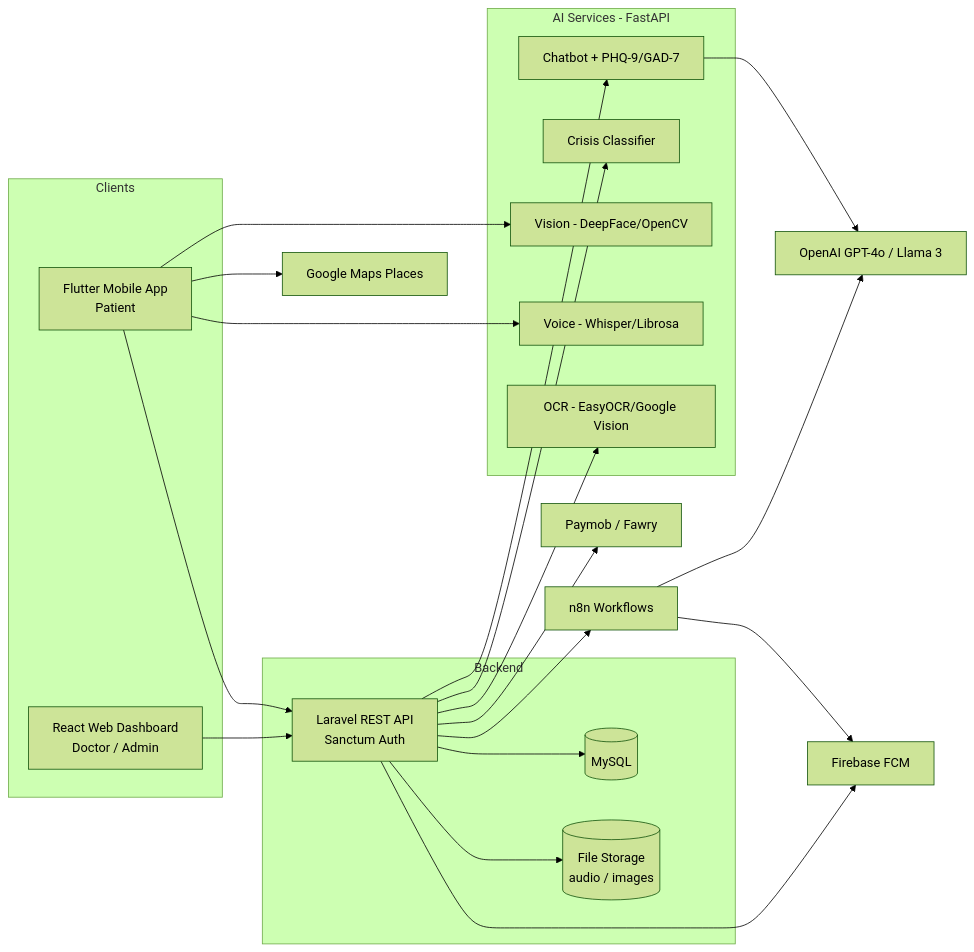
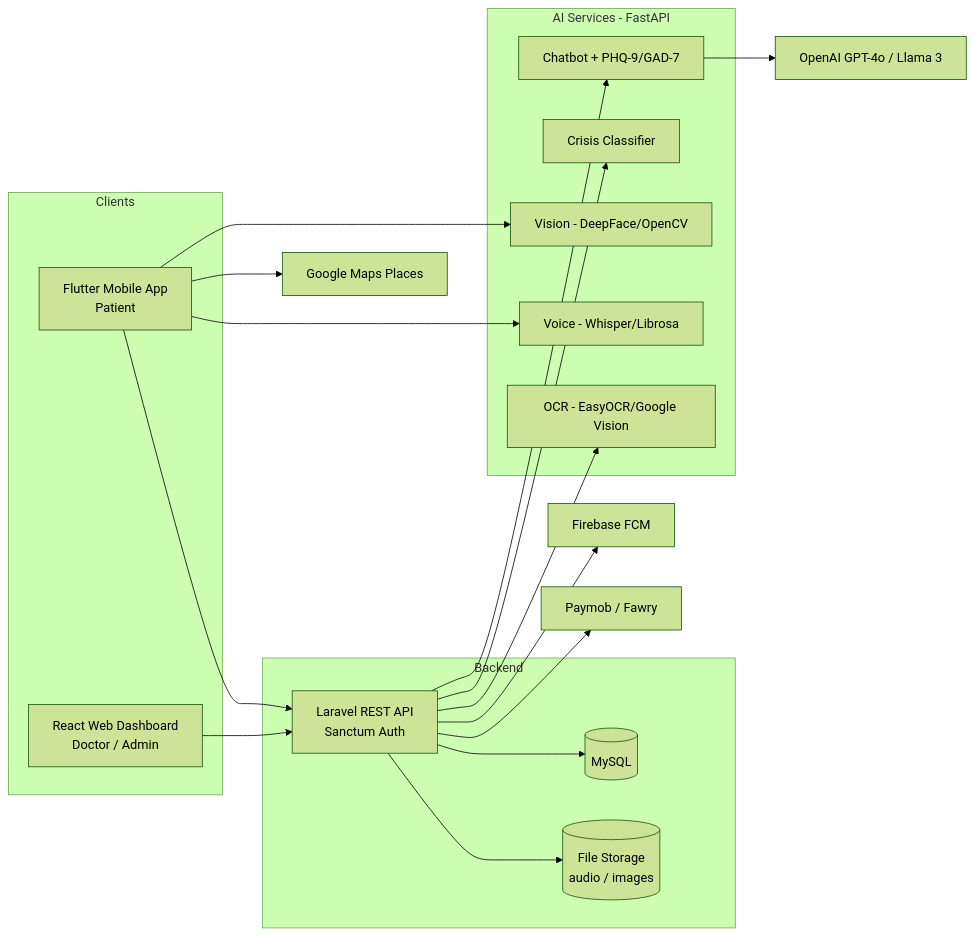
The diagram in docs/architecture.md (ahmedyasseen340/mindcare-final), drawn with Mermaid (forest theme) before and after one commit. The commit also changed other lines of this file, not shown here.

````diff
--- a/docs/architecture.md
+++ b/docs/architecture.md
@@ -19,44 +19,40 @@
 ```mermaid
 flowchart LR
     subgraph Clients
         M[Flutter Mobile App<br/>Patient]
         W[React Web Dashboard<br/>Doctor / Admin]
     end
 
     subgraph Backend
         API[Laravel REST API<br/>Sanctum Auth]
         DB[(MySQL)]
         ST[(File Storage<br/>audio / images)]
     end
 
     subgraph AI[AI Services - FastAPI]
         CH[Chatbot + PHQ-9/GAD-7]
         CR[Crisis Classifier]
         VI[Vision - DeepFace/OpenCV]
         VO[Voice - Whisper/Librosa]
         OC[OCR - EasyOCR/Google Vision]
     end
 
-    N8[n8n Workflows]
     FCM[Firebase FCM]
     PAY[Paymob / Fawry]
     MAP[Google Maps Places]
     LLM[OpenAI GPT-4o / Llama 3]
 
     M --> API
     W --> API
     M --> VI
     M --> VO
     API --> DB
     API --> ST
     API --> CH
     API --> CR
     API --> OC
-    CH --> LLM
-    API --> N8
-    N8 --> LLM
-    N8 --> FCM
+    CH --> LLM    
     API --> FCM
     API --> PAY
     M --> MAP
 ```
````
